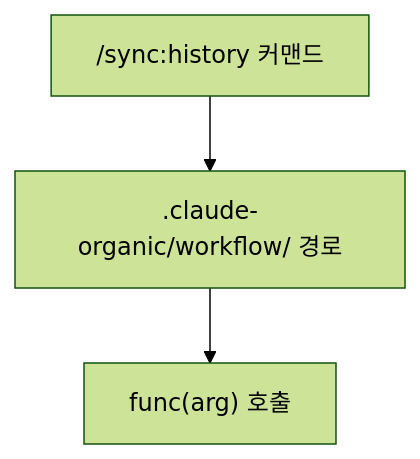
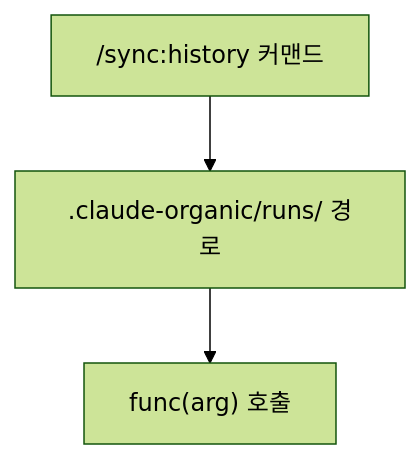
The ninth of 15 diagrams in .claude/skills/design-mermaid-diagrams/SKILL.md (KoreanLeeChangHyun/claude-workflow), drawn with Mermaid (forest theme) before and after one commit. The commit also changed other lines of this file and 164 other files, not shown here.

````diff
--- a/.claude/skills/design-mermaid-diagrams/SKILL.md
+++ b/.claude/skills/design-mermaid-diagrams/SKILL.md
@@ -232,5 +232,5 @@
 ```mermaid
 flowchart TD
-    A["#sol;sync:history 커맨드"] --> B[".claude-organic/workflow/ 경로"]
+    A["#sol;sync:history 커맨드"] --> B[".claude-organic/runs/ 경로"]
     B --> C["func(arg) 호출"]
 ```
````
